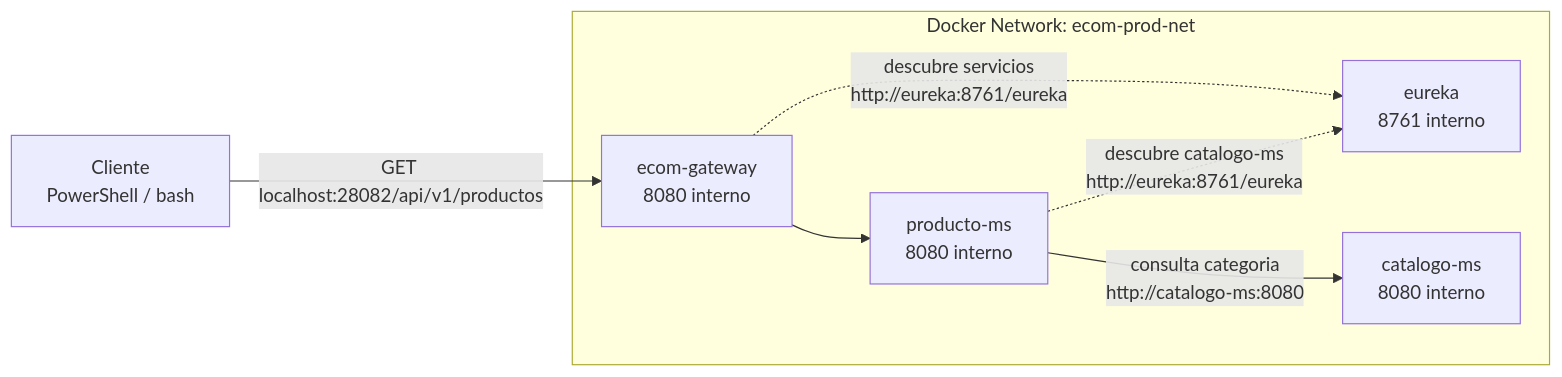
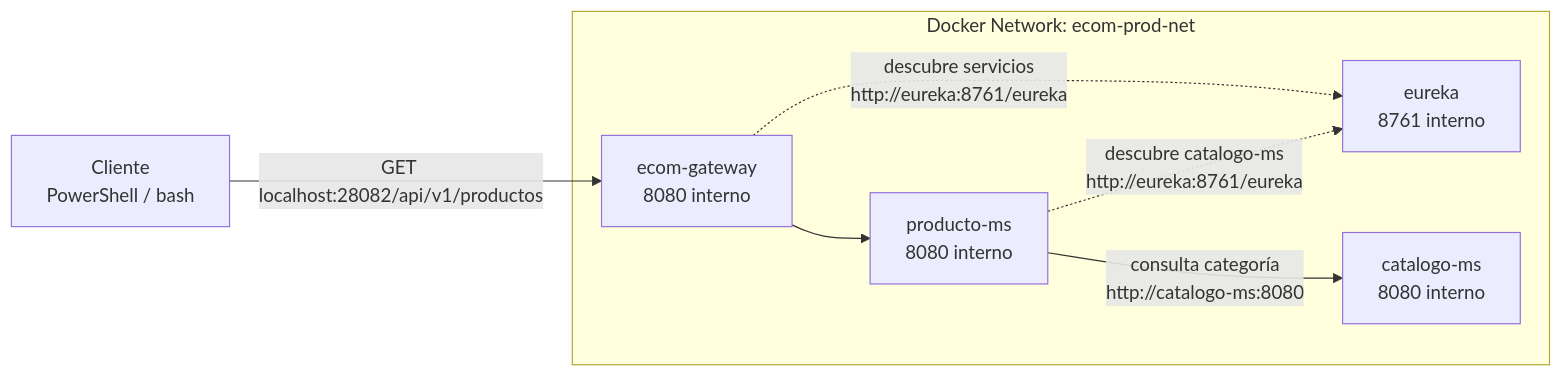
One commit to 261dist/ecom changed the second of 2 diagrams in docs/sesiones/s06-feign-circuit-breaker.md. Above: the diagram before and after it, drawn with Mermaid. The commit also changed other lines of this file and 21 other files, not shown here.

````diff
--- a/docs/sesiones/s06-feign-circuit-breaker.md
+++ b/docs/sesiones/s06-feign-circuit-breaker.md
@@ -66,16 +66,16 @@
 ```mermaid
 flowchart LR
     Cliente["Cliente<br/>PowerShell / bash"]
     subgraph Docker["Docker Network: ecom-prod-net"]
         Gateway["ecom-gateway<br/>8080 interno"]
         Eureka["eureka<br/>8761 interno"]
         Producto["producto-ms<br/>8080 interno"]
         Catalogo["catalogo-ms<br/>8080 interno"]
     end
 
     Cliente -->|"GET localhost:28082/api/v1/productos"| Gateway
     Gateway --> Producto
     Gateway -. "descubre servicios<br/>http://eureka:8761/eureka" .-> Eureka
     Producto -. "descubre catalogo-ms<br/>http://eureka:8761/eureka" .-> Eureka
-    Producto -->|"consulta categoria<br/>http://catalogo-ms:8080"| Catalogo
+    Producto -->|"consulta categoría<br/>http://catalogo-ms:8080"| Catalogo
 ```
````
